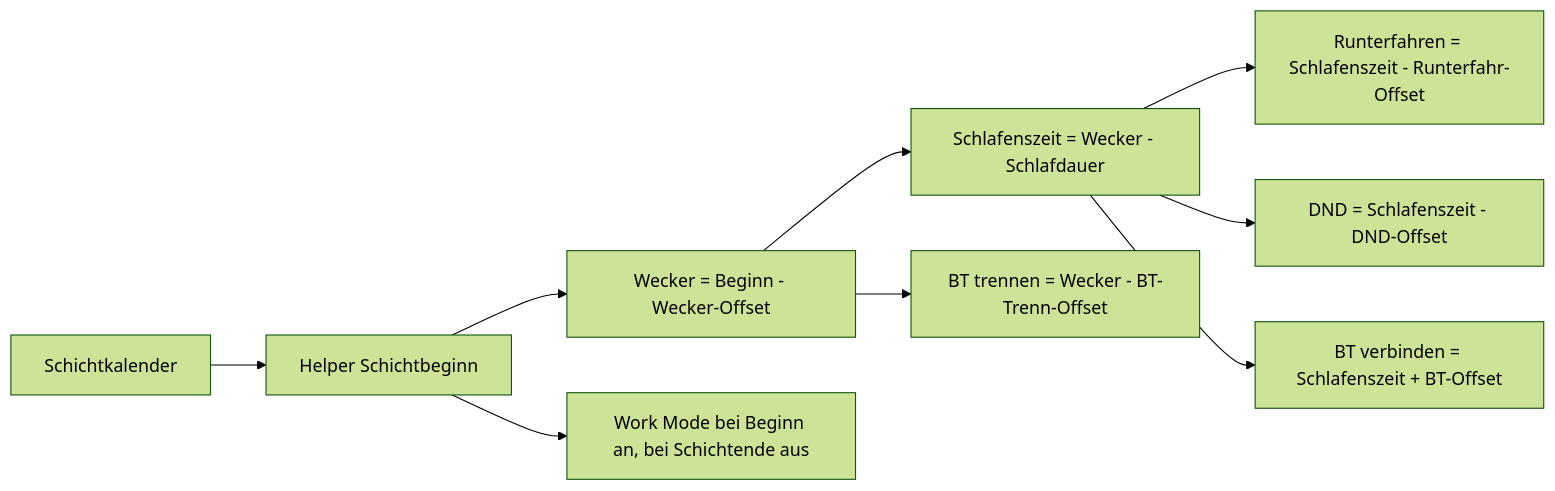
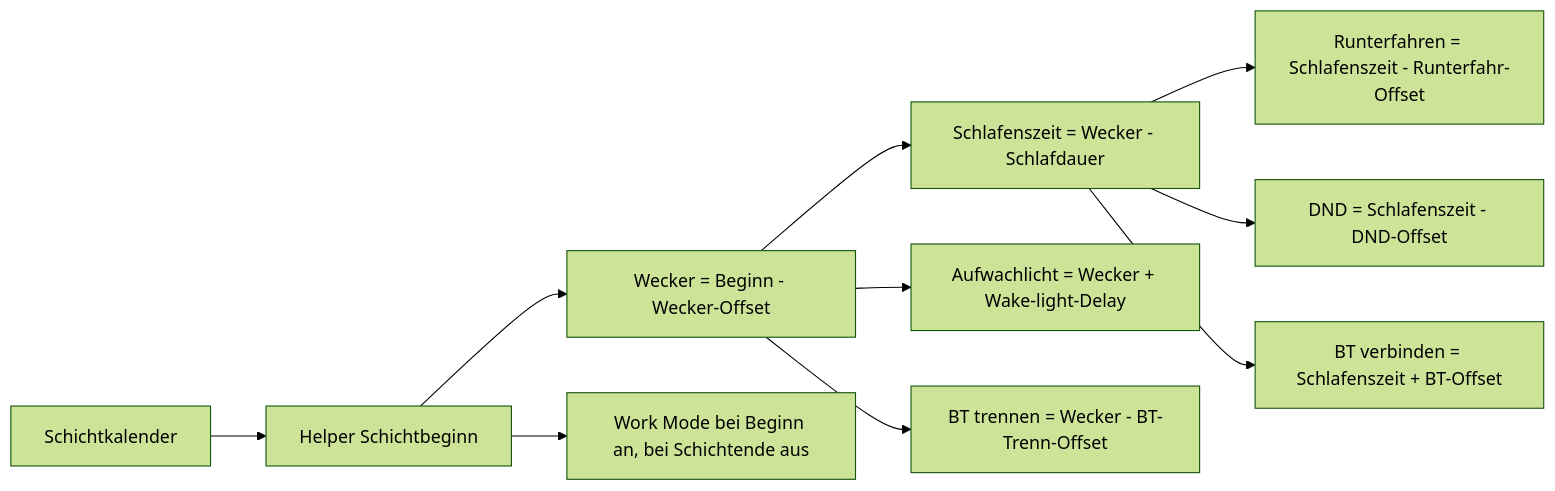
One commit to theniwo/homeassistant changed the first of 2 diagrams in README.de.md. Above: the diagram before and after it, drawn with Mermaid (forest theme). The commit also changed other lines of this file and 4 other files, not shown here.

Commit message:
💡 feat(wake-lights): add configurable wake light delay

````diff
--- a/README.de.md
+++ b/README.de.md
@@ -39,11 +44,12 @@
 ```mermaid
 flowchart LR
     C[Schichtkalender] --> S[Helper Schichtbeginn]
     S --> A[Wecker = Beginn - Wecker-Offset]
     A --> B[Schlafenszeit = Wecker - Schlafdauer]
+    A --> L[Aufwachlicht = Wecker + Wake-light-Delay]
     B --> W[Runterfahren = Schlafenszeit - Runterfahr-Offset]
     B --> D[DND = Schlafenszeit - DND-Offset]
     B --> BC[BT verbinden = Schlafenszeit + BT-Offset]
     A --> BD[BT trennen = Wecker - BT-Trenn-Offset]
     S --> M[Work Mode bei Beginn an, bei Schichtende aus]
 ```
````
